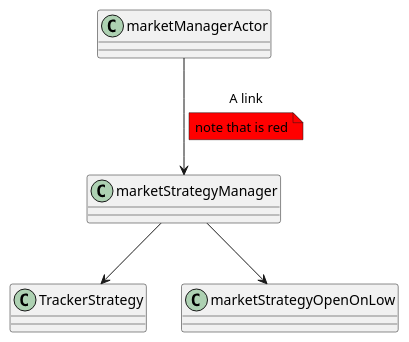
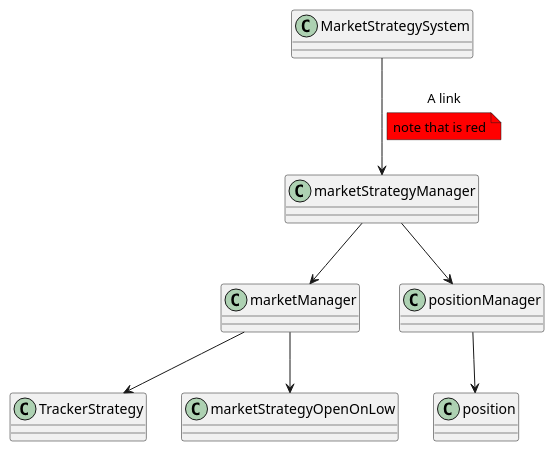
Before and after one commit to HSilatani/SuperMario: the diagram in marketstrategies.puml, drawn with PlantUML. The commit also changed 3 other files, not shown here.

```diff
--- a/marketstrategies.puml
+++ b/marketstrategies.puml
@@ -1,11 +1,18 @@
 @startuml
-class marketManagerActor
-marketManagerActor --> marketStrategyManager : A link
+class MarketStrategySystem
+MarketStrategySystem --> marketStrategyManager : A link
 note on link #red: note that is red
 
 class marketStrategyManager
+class marketManager
+marketStrategyManager --> marketManager
 class TrackerStrategy
-marketStrategyManager --> TrackerStrategy
+marketManager --> TrackerStrategy
 class marketStrategyOpenOnLow
-marketStrategyManager --> marketStrategyOpenOnLow
+marketManager --> marketStrategyOpenOnLow
+
+class positionManager
+marketStrategyManager --> positionManager
+class position
+positionManager --> position
 @enduml
```
